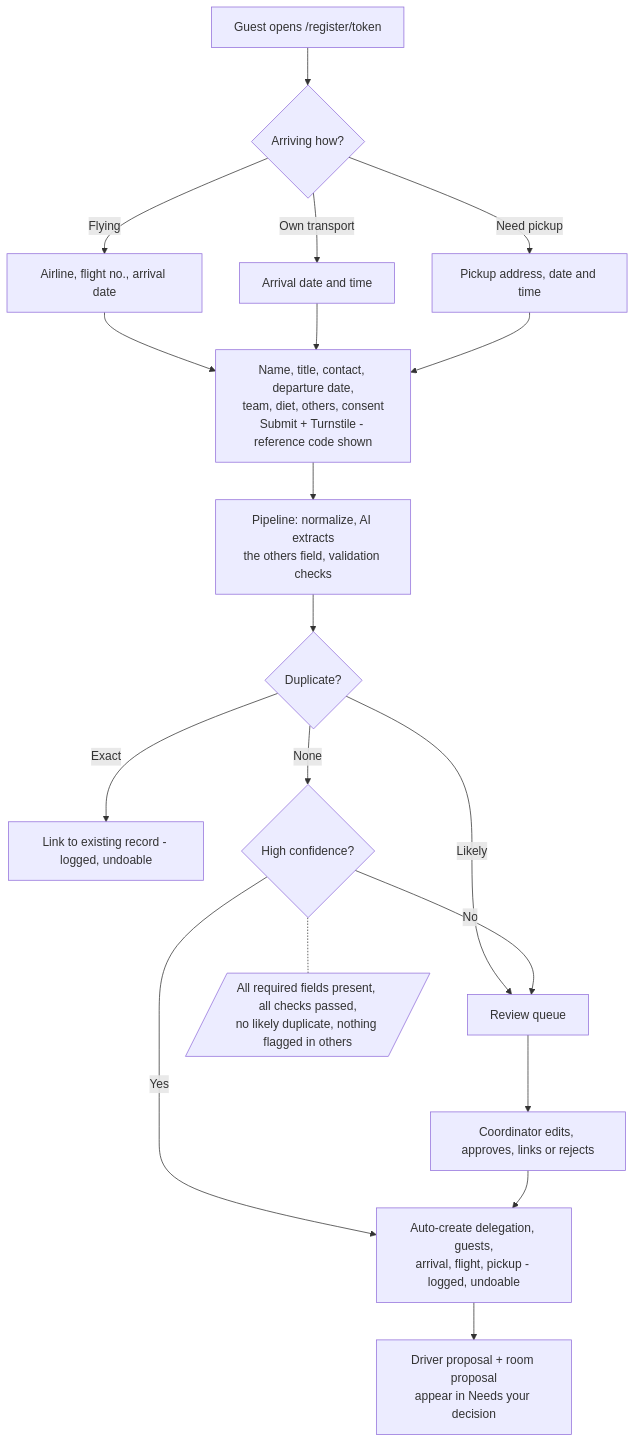
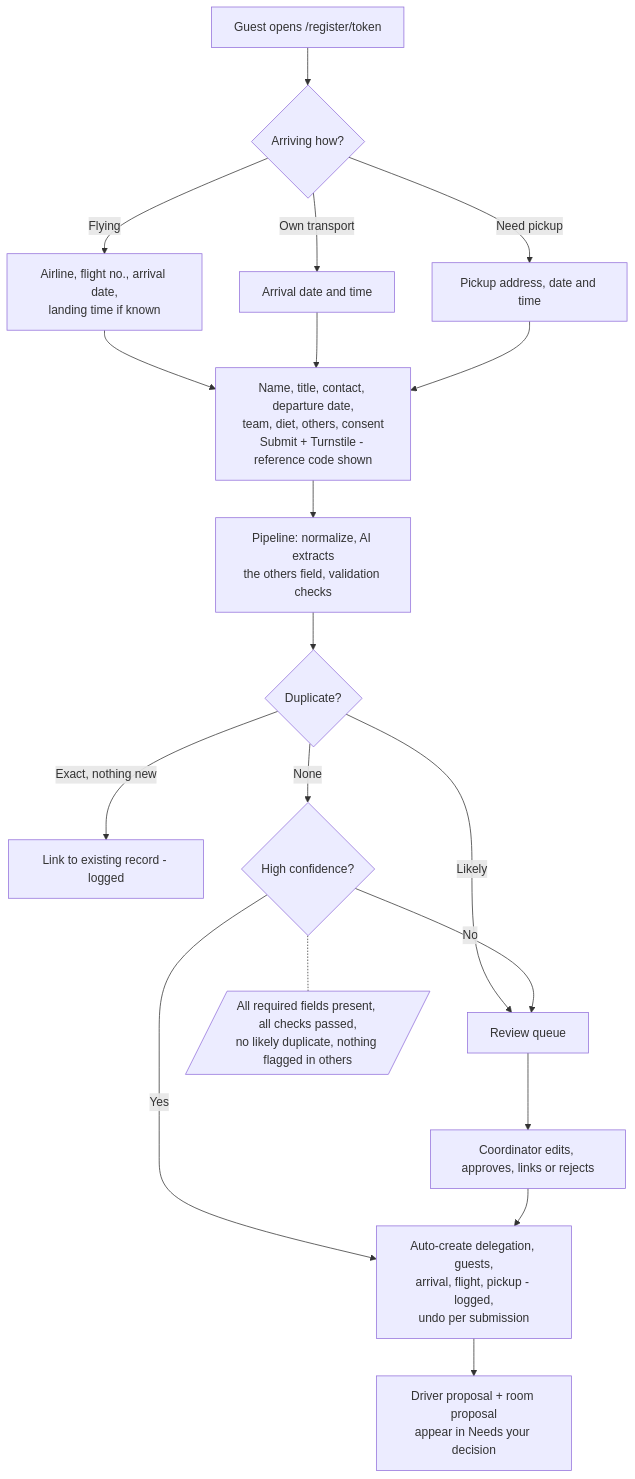
One commit to tallZacchaeus/hostmark-vip-gcs changed the second of 11 diagrams in docs/03-App-Flow.md. Above: the diagram before and after it, drawn with Mermaid. The commit also changed other lines of this file and 111 other files, not shown here.

````diff
--- a/docs/03-App-Flow.md
+++ b/docs/03-App-Flow.md
@@ -100,19 +100,19 @@
 ```mermaid
 flowchart TD
   A[Guest opens /register/token] --> B{Arriving how?}
-  B -->|Flying| B1[Airline, flight no., arrival date]
+  B -->|Flying| B1[Airline, flight no., arrival date,<br/>landing time if known]
   B -->|Own transport| B2[Arrival date and time]
   B -->|Need pickup| B3[Pickup address, date and time]
   B1 & B2 & B3 --> C[Name, title, contact, departure date,<br/>team, diet, others, consent<br/>Submit + Turnstile - reference code shown]
   C --> P[Pipeline: normalize, AI extracts<br/>the others field, validation checks]
   P --> I{Duplicate?}
-  I -->|Exact| J[Link to existing record - logged, undoable]
+  I -->|Exact, nothing new| J[Link to existing record - logged]
   I -->|Likely| R[Review queue]
   I -->|None| K{High confidence?}
   K -.- KN[/All required fields present, all checks passed,<br/>no likely duplicate, nothing flagged in others/]
-  K -->|Yes| M[Auto-create delegation, guests,<br/>arrival, flight, pickup - logged, undoable]
+  K -->|Yes| M[Auto-create delegation, guests,<br/>arrival, flight, pickup - logged,<br/>undo per submission]
   K -->|No| R
   M --> N[Driver proposal + room proposal<br/>appear in Needs your decision]
   R --> O[Coordinator edits, approves, links or rejects]
   O --> M
 ```
````
